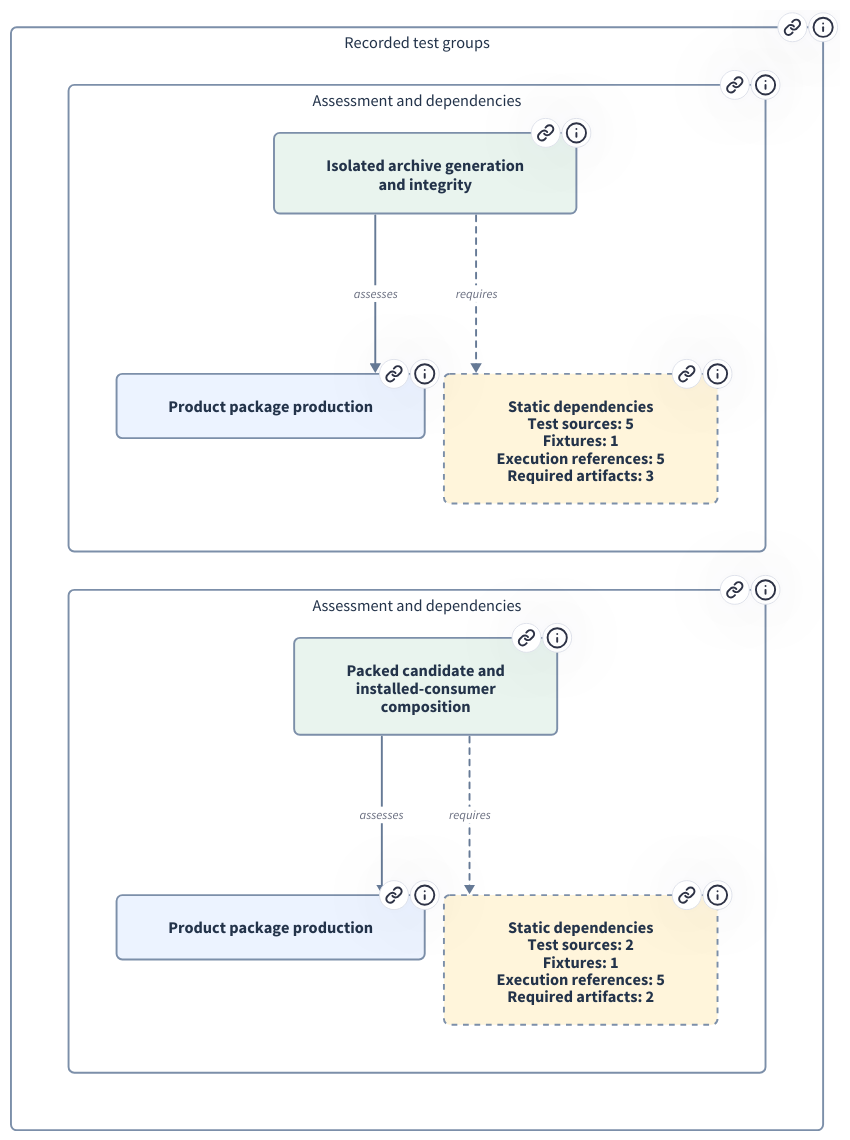
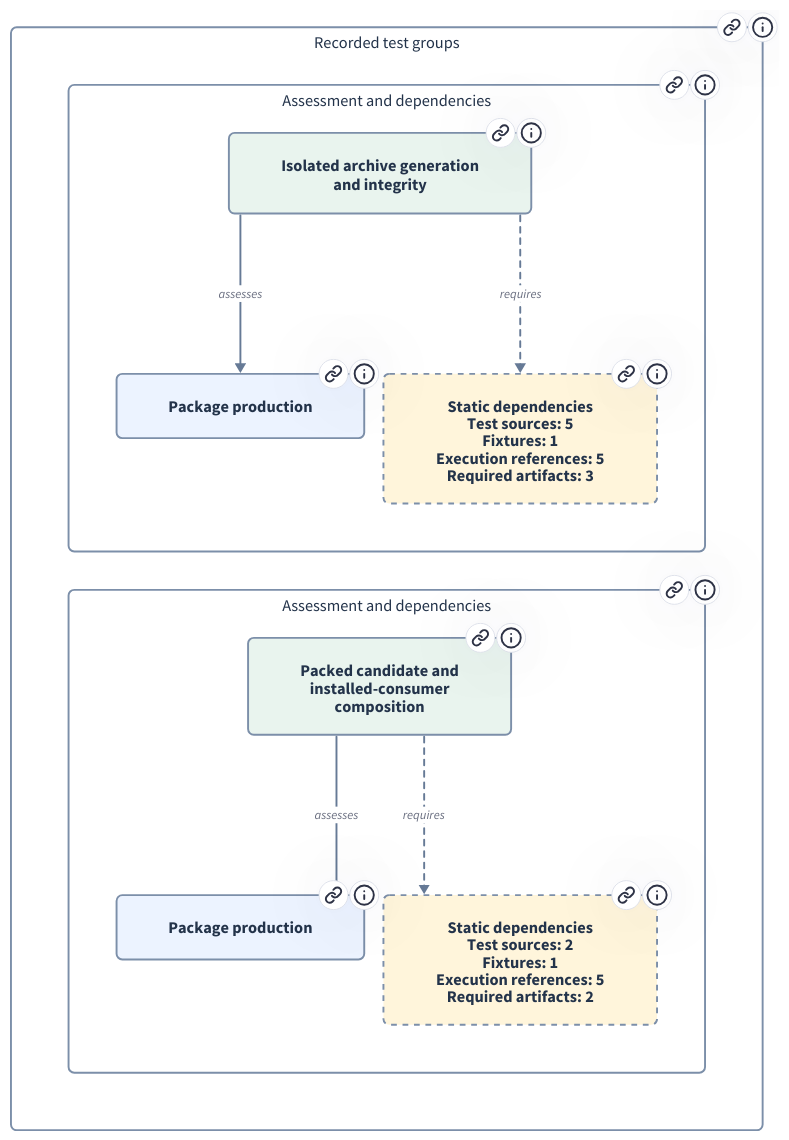
Before and after one commit to xiongxianfei/rigorloop: the diagram in design/architecture/views/browser/diagrams/development-testing-MOD-013.d2, drawn with D2. The commit also changed 378 other files, not shown here.

First line of the commit message:
Refine engineering design and architecture browser

```diff
--- a/design/architecture/views/browser/diagrams/development-testing-MOD-013.d2
+++ b/design/architecture/views/browser/diagrams/development-testing-MOD-013.d2
@@ -1,111 +1,111 @@
 # Generated from canonical REM records; do not edit.
-# Source identity: 2cf8f01cf8087e0b226dbd431d6452970b13954a16b84408d91173987708417e
+# Source identity: 3b423207b261cd33066f4517d60da462b029232e9d9a626120e9b455a4b27e5a
 # Test groups assess the named responsibility; they do not implement it. Dashed dependencies describe recorded test inputs and execution tooling, not an execution sequence. These static mappings are not passing results or complete coverage claims. Shared execution retains its existing contract owner; its REM responsibility allocation remains unresolved.
 vars: {d2-config: {layout-engine: elk}}
 direction: down
 groups: "Recorded test groups" {
   link: "#development/testing-MOD-013"
   tooltip: "Recorded test groups"
   style.fill: "#FFFFFF"
   style.stroke: "#7C8FA9"
   style.font-color: "#23334A"
   style.font-size: 17
   style.border-radius: 6
   grid-columns: 1
   g0: "Assessment and dependencies" {
     link: "#development/testing-MOD-013"
     tooltip: "Assessment and dependencies"
     style.fill: "#FFFFFF"
     style.stroke: "#7C8FA9"
     style.font-color: "#23334A"
     style.font-size: 17
     style.border-radius: 6
     group: "Isolated archive generation\nand integrity" {
       link: "#development/testing-MOD-013"
       tooltip: "Real adapter generation and ZIP inspection in private output roots, with independent member/hash expectations and controlled malformed inputs. Local clean-install smoke consumes those archives through a source-copied CLI candidate; source and active-installation sentinels remain separate from outputs."
       style.fill: "#E9F4EE"
       style.stroke: "#7C8FA9"
       style.font-color: "#23334A"
       style.font-size: 17
       style.border-radius: 6
     }
-    subject: "Product package production" {
+    subject: "Package production" {
       link: "#module/MOD-013"
-      tooltip: "Product package production (MOD-013)"
+      tooltip: "Package production (MOD-013)"
       style.fill: "#ECF3FF"
       style.stroke: "#7C8FA9"
       style.font-color: "#23334A"
       style.font-size: 17
       style.border-radius: 6
     }
     dependencies: "Static dependencies\nTest sources: 5\nFixtures: 1\nExecution references: 5\nRequired artifacts: 3" {
       link: "#development/testing-MOD-013"
       tooltip: "Recorded dependencies; execution tooling retains its existing contract owner."
       style.fill: "#FFF5DB"
       style.stroke: "#7C8FA9"
       style.font-color: "#23334A"
       style.font-size: 17
       style.border-radius: 6
       style.stroke-dash: 3
     }
     group -> subject: "assesses" {
       style.stroke: "#667A96"
       style.fill: "#FFFFFF"
       style.font-size: 13
     }
     group -> dependencies: "requires" {
       style.stroke: "#667A96"
       style.fill: "#FFFFFF"
       style.font-size: 13
       style.stroke-dash: 3
     }
   }
   g1: "Assessment and dependencies" {
     link: "#development/testing-MOD-013"
     tooltip: "Assessment and dependencies"
     style.fill: "#FFFFFF"
     style.stroke: "#7C8FA9"
     style.font-color: "#23334A"
     style.font-size: 17
     style.border-radius: 6
     group: "Packed candidate and\ninstalled-consumer\ncomposition" {
       link: "#development/testing-MOD-013"
       tooltip: "Actual npm tarball inspection and installation in fresh consumer roots, followed by the installed binary consuming target ZIPs and selected record interactions; package configuration alone is not the observation."
       style.fill: "#E9F4EE"
       style.stroke: "#7C8FA9"
       style.font-color: "#23334A"
       style.font-size: 17
       style.border-radius: 6
     }
-    subject: "Product package production" {
+    subject: "Package production" {
       link: "#module/MOD-013"
-      tooltip: "Product package production (MOD-013)"
+      tooltip: "Package production (MOD-013)"
       style.fill: "#ECF3FF"
       style.stroke: "#7C8FA9"
       style.font-color: "#23334A"
       style.font-size: 17
       style.border-radius: 6
     }
     dependencies: "Static dependencies\nTest sources: 2\nFixtures: 1\nExecution references: 5\nRequired artifacts: 2" {
       link: "#development/testing-MOD-013"
       tooltip: "Recorded dependencies; execution tooling retains its existing contract owner."
       style.fill: "#FFF5DB"
       style.stroke: "#7C8FA9"
       style.font-color: "#23334A"
       style.font-size: 17
       style.border-radius: 6
       style.stroke-dash: 3
     }
     group -> subject: "assesses" {
       style.stroke: "#667A96"
       style.fill: "#FFFFFF"
       style.font-size: 13
     }
     group -> dependencies: "requires" {
       style.stroke: "#667A96"
       style.fill: "#FFFFFF"
       style.font-size: 13
       style.stroke-dash: 3
     }
   }
 }
```
